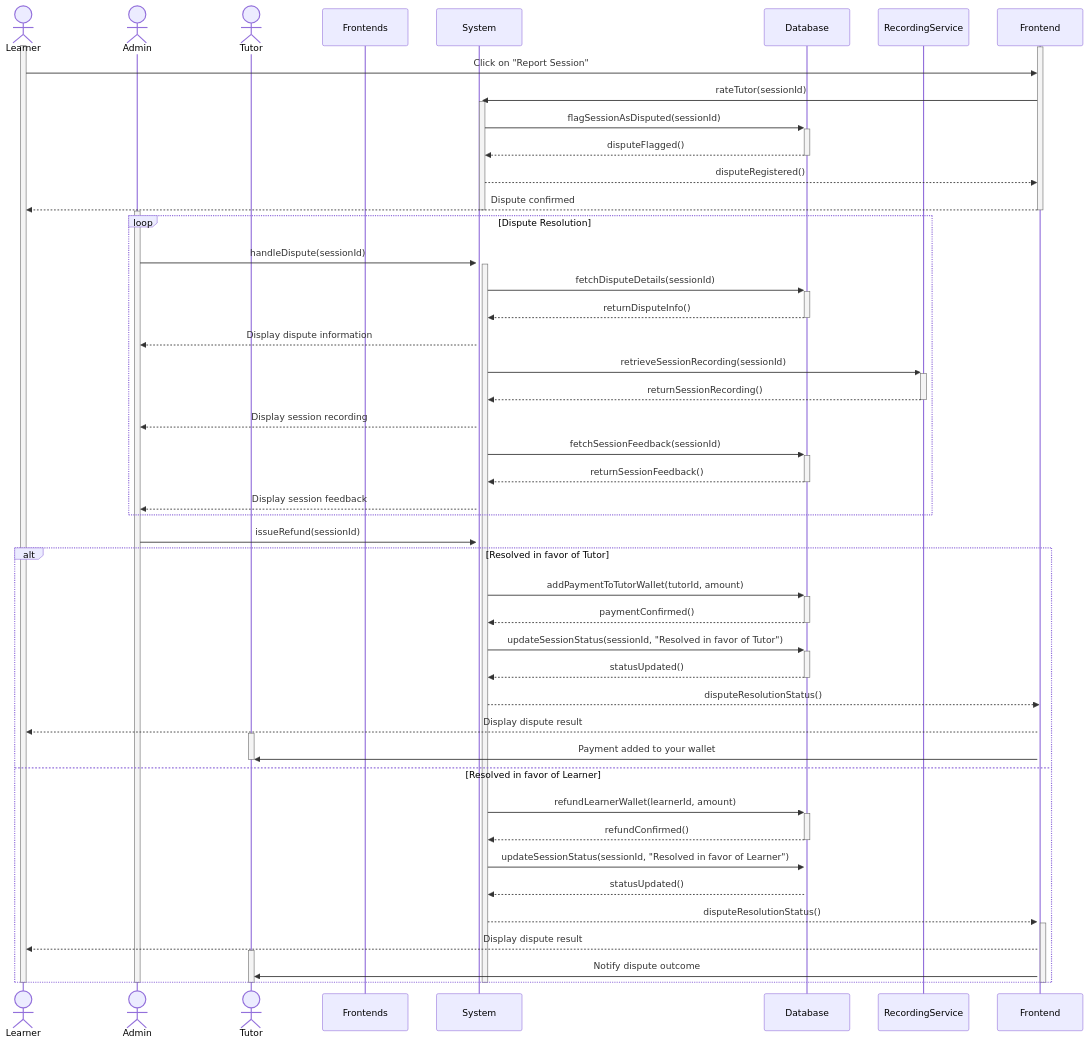
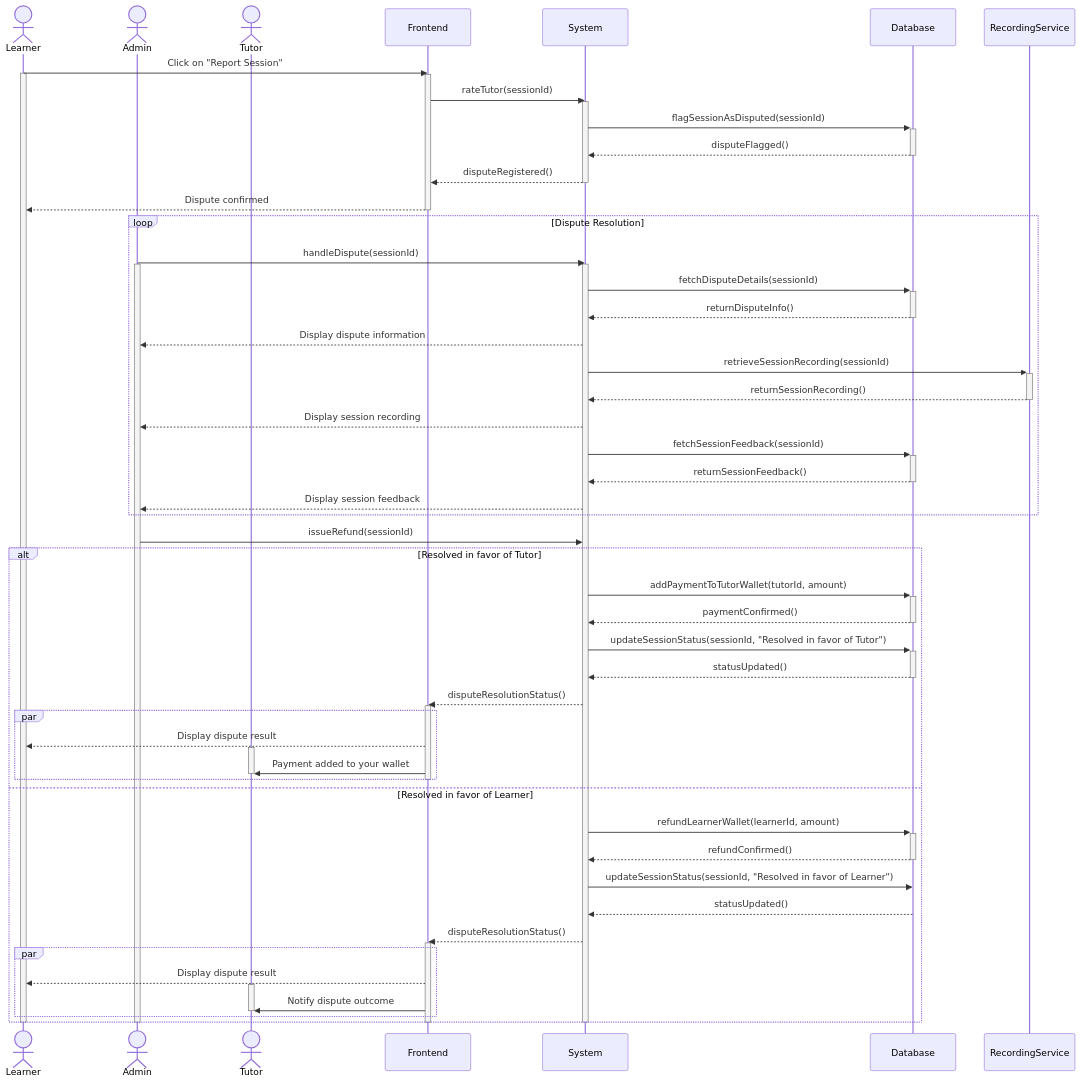
Before and after one commit to Shaar03/Diagrams: the diagram in disputeHandling.mermaid, drawn with Mermaid.

Commit message:
par is cool

```diff
--- a/disputeHandling.mermaid
+++ b/disputeHandling.mermaid
@@ -1,66 +1,72 @@
 sequenceDiagram
     actor Learner
     actor Admin
     actor Tutor
-    participant Frontends
+    participant Frontend
     participant System
     participant Database
     participant RecordingService
 
+    Learner->>Frontend: Click on "Report Session"
     activate Learner
     activate Frontend
-    Learner->>Frontend: Click on "Report Session"
-    Frontend->>+System: rateTutor(sessionId)
+    Frontend->>System: rateTutor(sessionId)
     activate System
     System->>+Database: flagSessionAsDisputed(sessionId)
     Database-->>-System: disputeFlagged()
     System-->>Frontend: disputeRegistered()
+    deactivate System
     Frontend-->>Learner: Dispute confirmed
     deactivate Frontend
-    deactivate System
-
-    activate Admin
-    activate System
 
     loop Dispute Resolution
-        Admin->>+System: handleDispute(sessionId)
+        Admin->>System: handleDispute(sessionId)
+        activate System
+        activate Admin
         System->>+Database: fetchDisputeDetails(sessionId)
         Database-->>-System: returnDisputeInfo()
         System-->>Admin: Display dispute information
         System->>+RecordingService: retrieveSessionRecording(sessionId)
         RecordingService-->>-System: returnSessionRecording()
         System-->>Admin: Display session recording
 
         System->>+Database: fetchSessionFeedback(sessionId)
         Database-->>-System: returnSessionFeedback()
         System-->>Admin: Display session feedback
     end
 
     Admin->>System: issueRefund(sessionId)
     alt Resolved in favor of Tutor
         System->>+Database: addPaymentToTutorWallet(tutorId, amount)
         Database-->>-System: paymentConfirmed()
         System->>+Database: updateSessionStatus(sessionId, "Resolved in favor of Tutor")
         Database-->>-System: statusUpdated()
         System-->>Frontend: disputeResolutionStatus()
         activate Frontend
-        Frontend-->>Learner: Display dispute result
-        activate Tutor
-        Frontend->>Tutor: Payment added to your wallet
-        deactivate Tutor
+
+        par
+            Frontend-->>Learner: Display dispute result
+            activate Tutor
+            Frontend->>Tutor: Payment added to your wallet
+            deactivate Tutor
+        end
+        deactivate Frontend
     else Resolved in favor of Learner
         System->>+Database: refundLearnerWallet(learnerId, amount)
         Database-->>-System: refundConfirmed()
-        System->>+Database: updateSessionStatus(sessionId, "Resolved in favor of Learner")
+        System->>Database: updateSessionStatus(sessionId, "Resolved in favor of Learner")
         Database-->>System: statusUpdated()
         System-->>Frontend: disputeResolutionStatus()
         activate Frontend
-        Frontend-->>Learner: Display dispute result
-        activate Tutor
-        Frontend->>Tutor: Notify dispute outcome
+
+        par
+            Frontend-->>Learner: Display dispute result
+            activate Tutor
+            Frontend->>Tutor: Notify dispute outcome
+            deactivate Tutor
+        end
     end
     deactivate System
     deactivate Frontend
     deactivate Admin
     deactivate Learner
-    deactivate Tutor
```
